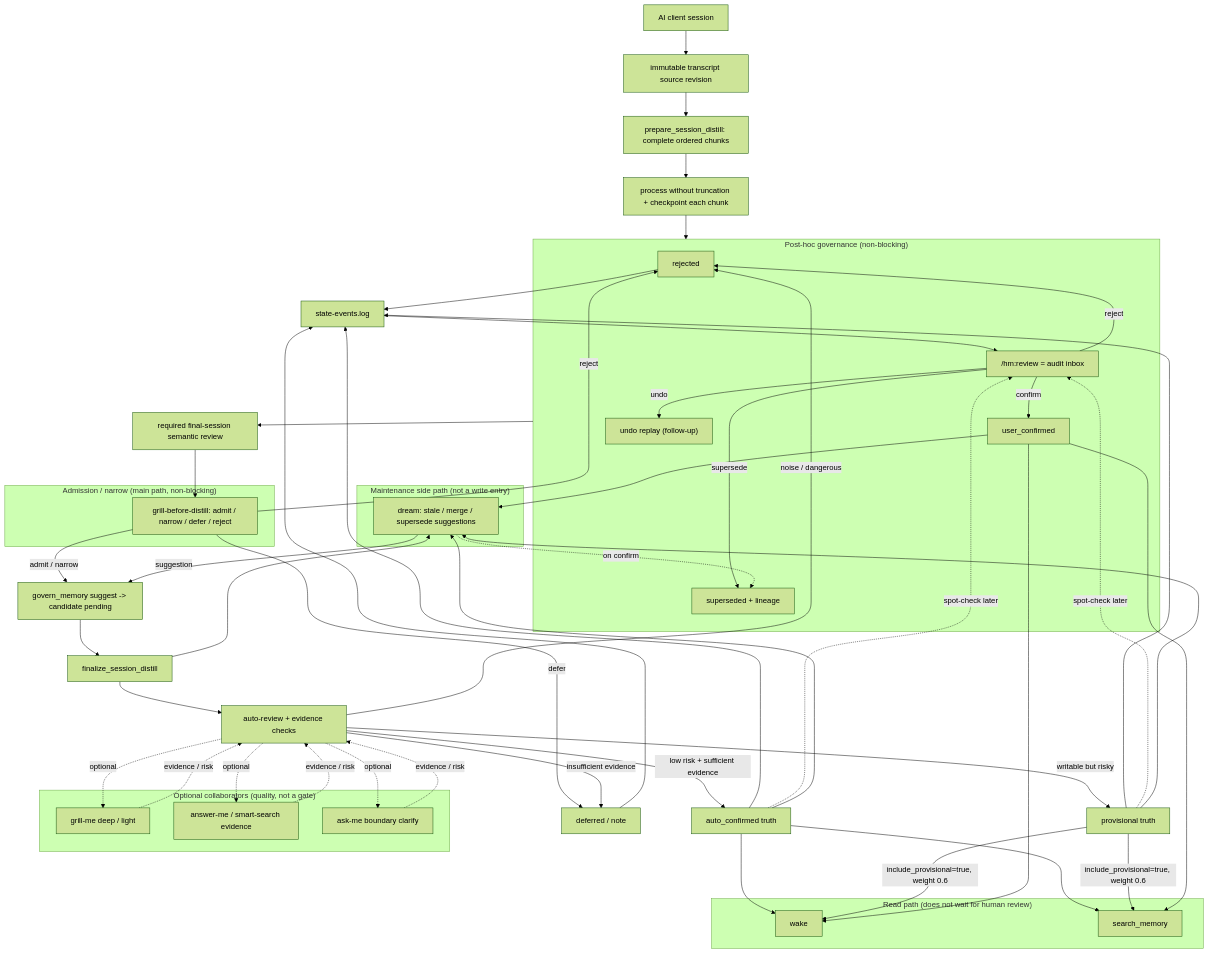
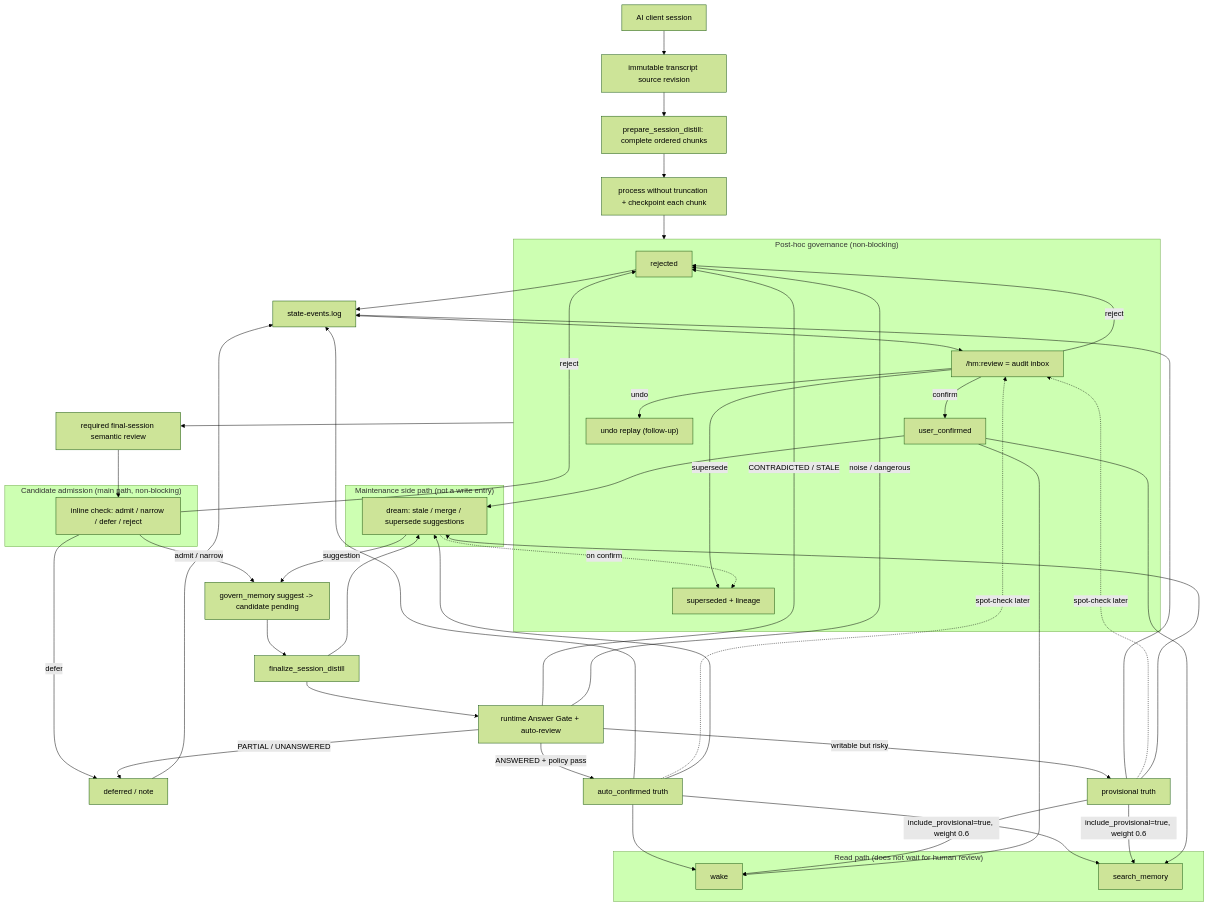
The first of 3 diagrams in docs/auto-promoted-memory-governance.md (manhua-man/harness-mem), drawn with Mermaid (forest theme) before and after one commit. The commit also changed other lines of this file and 92 other files, not shown here.

````diff
--- a/docs/auto-promoted-memory-governance.md
+++ b/docs/auto-promoted-memory-governance.md
@@ -51,69 +51,59 @@
 ```mermaid
 flowchart TD
     SRC["AI client session"] --> SNAP["immutable transcript source revision"]
     SNAP --> PREP["prepare_session_distill: complete ordered chunks"]
     PREP --> SD["process without truncation + checkpoint each chunk"]
     SD --> AUDIT["structural completeness audit"]
     AUDIT --> REVIEW["required final-session semantic review"]
 
-    subgraph ADMISSION["Admission / narrow (main path, non-blocking)"]
-        G["grill-before-distill: admit / narrow / defer / reject"]
+    subgraph ADMISSION["Candidate admission (main path, non-blocking)"]
+        G["inline check: admit / narrow / defer / reject"]
     end
 
     REVIEW --> G
     G -->|admit / narrow| CAND["govern_memory suggest -> candidate pending"]
     CAND --> FINAL["finalize_session_distill"]
-    FINAL --> PREF["auto-review + evidence checks"]
+    FINAL --> PREF["runtime Answer Gate + auto-review"]
     FINAL --> DREAM["Dream maintenance"]
     G -->|defer| DEFERRED["deferred / note"]
     G -->|reject| REJECTED["rejected"]
 
-    subgraph HELPERS["Optional collaborators (quality, not a gate)"]
-        H1["grill-me deep / light"]
-        H2["answer-me / smart-search evidence"]
-        H3["ask-me boundary clarify"]
-    end
-
-    PREF -.optional.-> H1
-    PREF -.optional.-> H2
-    PREF -.optional.-> H3
-    H1 & H2 & H3 -.evidence / risk.-> PREF
-
-    PREF -->|low risk + sufficient evidence| AUTO["auto_confirmed truth"]
+    PREF -->|ANSWERED + policy pass| AUTO["auto_confirmed truth"]
     PREF -->|writable but risky| PROV["provisional truth"]
-    PREF -->|insufficient evidence| DEFERRED
+    PREF -->|PARTIAL / UNANSWERED| DEFERRED
+    PREF -->|CONTRADICTED / STALE| REJECTED
     PREF -->|noise / dangerous| REJECTED
 
     AUTO --> LEDGER["state-events.log"]
     PROV --> LEDGER
     DEFERRED --> LEDGER
     REJECTED --> LEDGER
 
     subgraph READ["Read path (does not wait for human review)"]
         WAKE["wake"]
         SEARCH["search_memory"]
     end
 
     AUTO --> WAKE & SEARCH
     PROV -->|"include_provisional=true, weight 0.6"| WAKE & SEARCH
     USER["user_confirmed"] --> WAKE & SEARCH
 
     subgraph AUDIT["Post-hoc governance (non-blocking)"]
         INBOX["/hm:review = audit inbox"]
         INBOX -->|confirm| USER
         INBOX -->|reject| REJECTED
         INBOX -->|undo| UNDO["undo replay (follow-up)"]
         INBOX -->|supersede| SUPER["superseded + lineage"]
     end
 
     LEDGER --> INBOX
     AUTO & PROV -.spot-check later.-> INBOX
 
     subgraph MAINTAIN["Maintenance side path (not a write entry)"]
         DREAM["dream: stale / merge / supersede suggestions"]
     end
 
     AUTO & PROV & USER --> DREAM
     DREAM -->|suggestion| CAND
     DREAM -.on confirm.-> SUPER
 ```
````
